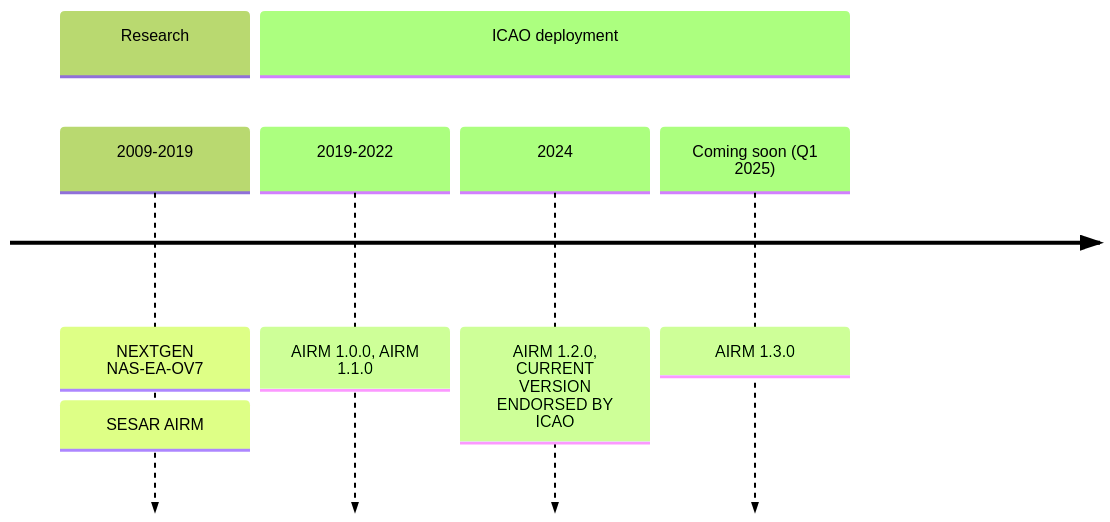
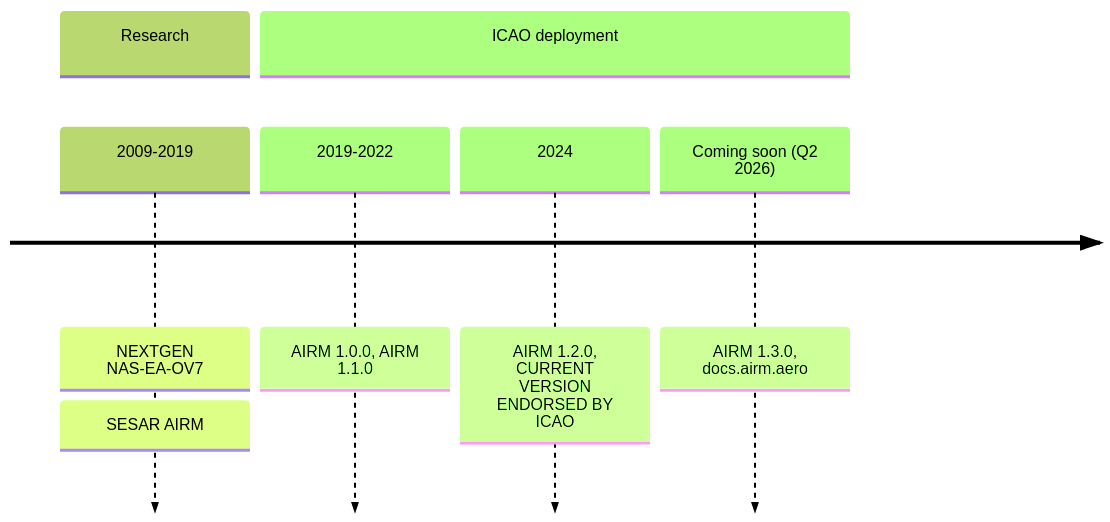
Before and after one commit to airm-ccb/airm-user-manual-1.3.0-testing: the second of 2 diagrams in docs/home.md, drawn with Mermaid.

````diff
--- a/docs/home.md
+++ b/docs/home.md
@@ -78,14 +78,14 @@
 ```mermaid
 ---
 config:
   theme: 'forest'
 ---
 timeline
     section Research
       2009-2019 : NEXTGEN NAS-EA-OV7
                 : SESAR AIRM
     section ICAO deployment
       2019-2022 : AIRM 1.0.0, AIRM 1.1.0
       2024      : AIRM 1.2.0, CURRENT VERSION ENDORSED BY ICAO
-      Coming soon (Q1 2025) : AIRM 1.3.0
+      Coming soon (Q2 2026) : AIRM 1.3.0, docs.airm.aero
 ```
````
